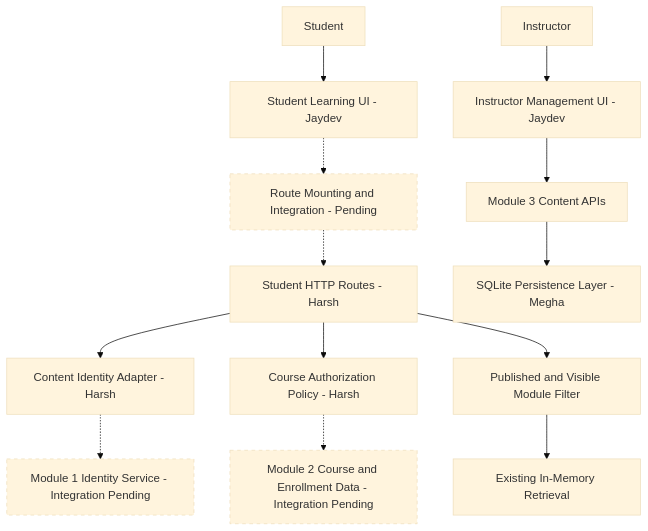
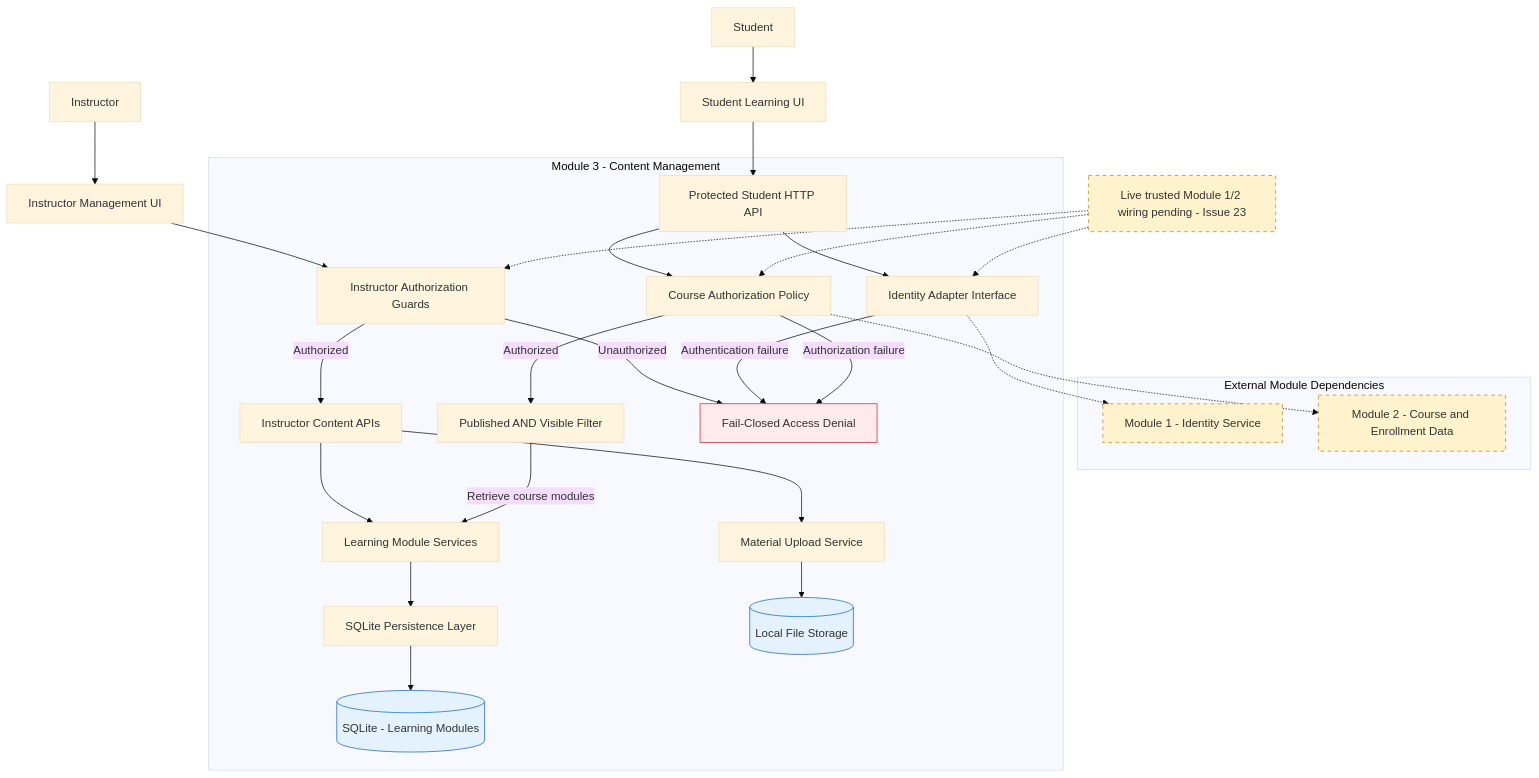
Before and after one commit to JaydevParmar7006/C3L: the diagram in src/modules/03-content/diagrams/sprint3-architecture.mmd, drawn with Mermaid (base theme). The commit also changed 1 other file, not shown here.

Commit message:
docs(content): update Sprint 3 architecture and authorization diagrams

```diff
--- a/src/modules/03-content/diagrams/sprint3-architecture.mmd
+++ b/src/modules/03-content/diagrams/sprint3-architecture.mmd
@@ -1,39 +1,64 @@
-
 flowchart TD
     Instructor["Instructor"]
     Student["Student"]
-    InstructorUI["Instructor Management UI - Jaydev"]
-    StudentUI["Student Learning UI - Jaydev"]
 
-    Identity["Module 1 Identity Service - Integration Pending"]
-    Course["Module 2 Course and Enrollment Data - Integration Pending"]
+    InstructorUI["Instructor Management UI"]
+    StudentUI["Student Learning UI"]
 
-    Auth["Content Identity Adapter - Harsh"]
-    Policy["Course Authorization Policy - Harsh"]
-    StudentRoutes["Student HTTP Routes - Harsh"]
-    Filter["Published and Visible Module Filter"]
+    subgraph External["External Module Dependencies"]
+        Identity["Module 1 - Identity Service"]
+        Course["Module 2 - Course and Enrollment Data"]
+    end
 
-    ContentAPI["Module 3 Content APIs"]
-    Persistence["SQLite Persistence Layer - Megha"]
-    Storage["Existing In-Memory Retrieval"]
-    Integration["Route Mounting and Integration - Pending"]
+    subgraph Content["Module 3 - Content Management"]
+        InstructorGuard["Instructor Authorization Guards"]
+        InstructorAPI["Instructor Content APIs"]
+        StudentRoutes["Protected Student HTTP API"]
+        Auth["Identity Adapter Interface"]
+        Policy["Course Authorization Policy"]
+        Filter["Published AND Visible Filter"]
+        Services["Learning Module Services"]
+        Persistence["SQLite Persistence Layer"]
+        Database[("SQLite - Learning Modules")]
+        Upload["Material Upload Service"]
+        Files[("Local File Storage")]
+        Denied["Fail-Closed Access Denial"]
+    end
 
     Instructor --> InstructorUI
-    InstructorUI --> ContentAPI
+    InstructorUI --> InstructorGuard
+    InstructorGuard -->|Authorized| InstructorAPI
+    InstructorGuard -->|Unauthorized| Denied
 
     Student --> StudentUI
-    StudentUI -.-> Integration
-    Integration -.-> StudentRoutes
+    StudentUI --> StudentRoutes
 
     StudentRoutes --> Auth
     Auth -.-> Identity
     StudentRoutes --> Policy
     Policy -.-> Course
 
-    StudentRoutes --> Filter
-    Filter --> Storage
+    Auth -->|Authentication failure| Denied
+    Policy -->|Authorization failure| Denied
+    Policy -->|Authorized| Filter
 
-    ContentAPI --> Persistence
+    InstructorAPI --> Services
+    InstructorAPI --> Upload
+    Upload --> Files
 
-    classDef pending stroke-dasharray: 5 5
-    class Identity,Course,Integration pending
+    Filter -->|Retrieve course modules| Services
+    Services --> Persistence
+    Persistence --> Database
+
+    Limitation["Live trusted Module 1/2 wiring pending - Issue 23"]
+    Limitation -.-> InstructorGuard
+    Limitation -.-> Auth
+    Limitation -.-> Policy
+
+    classDef pending fill:#fff3cd,stroke:#b8860b,stroke-dasharray:5 5
+    classDef storage fill:#e3f2fd,stroke:#1565c0
+    classDef denied fill:#ffebee,stroke:#c62828
+
+    class Identity,Course,Limitation pending
+    class Database,Files storage
+    class Denied denied
```
